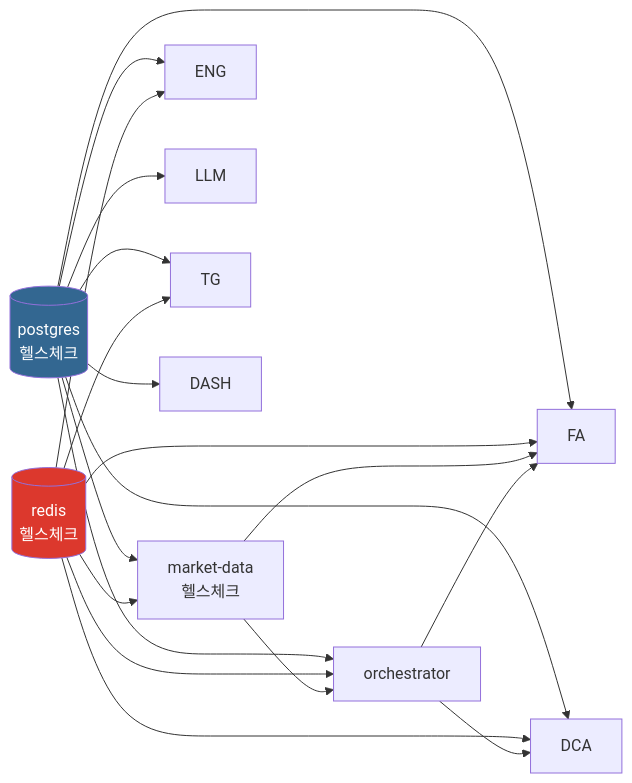
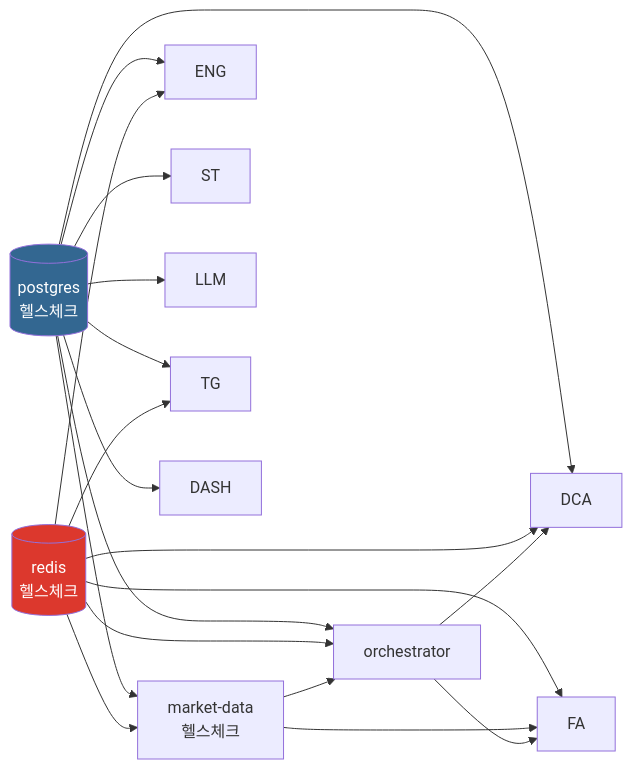
The second of 3 diagrams in docs/structure/services.md (Justant-source/Bit-Mania), drawn with Mermaid before and after one commit. The commit also changed other lines of this file and 4 other files, not shown here.

````diff
--- a/docs/structure/services.md
+++ b/docs/structure/services.md
@@ -285,24 +296,24 @@
 ```mermaid
 flowchart LR
     PG[(postgres\n헬스체크)] --> MD
     PG --> ORC
     PG --> ENG
-    PG --> FA
+    PG --> ST
     PG --> DCA
     PG --> LLM
     PG --> TG
     PG --> DASH
     RD[(redis\n헬스체크)] --> MD
     RD --> ORC
     RD --> ENG
     RD --> FA
     RD --> DCA
     RD --> TG
     MD[market-data\n헬스체크] --> ORC
     MD --> FA
     ORC[orchestrator] --> FA
     ORC --> DCA
 
     style PG fill:#336791,color:#fff
     style RD fill:#dc382d,color:#fff
 ```
````
